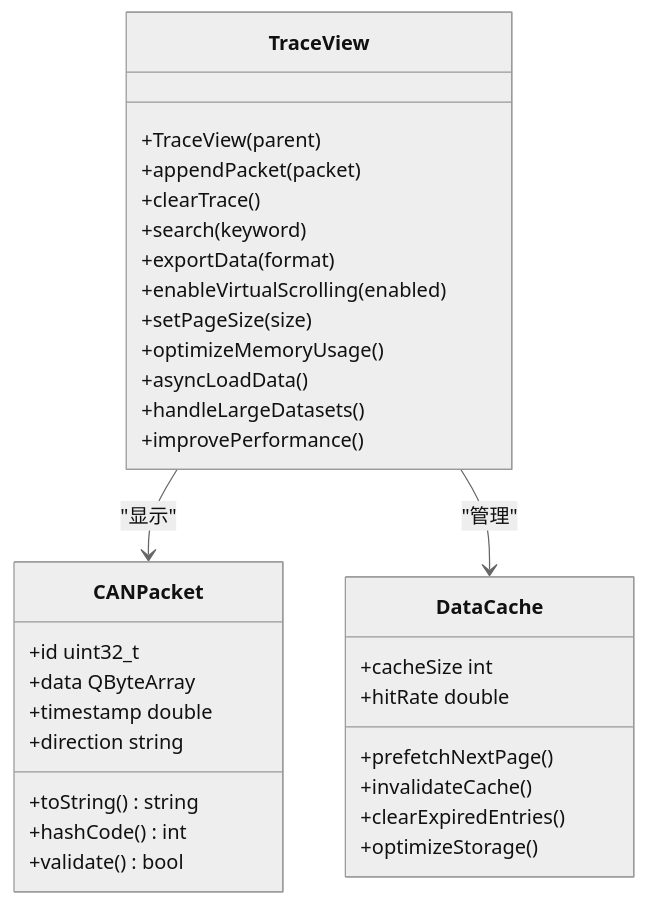
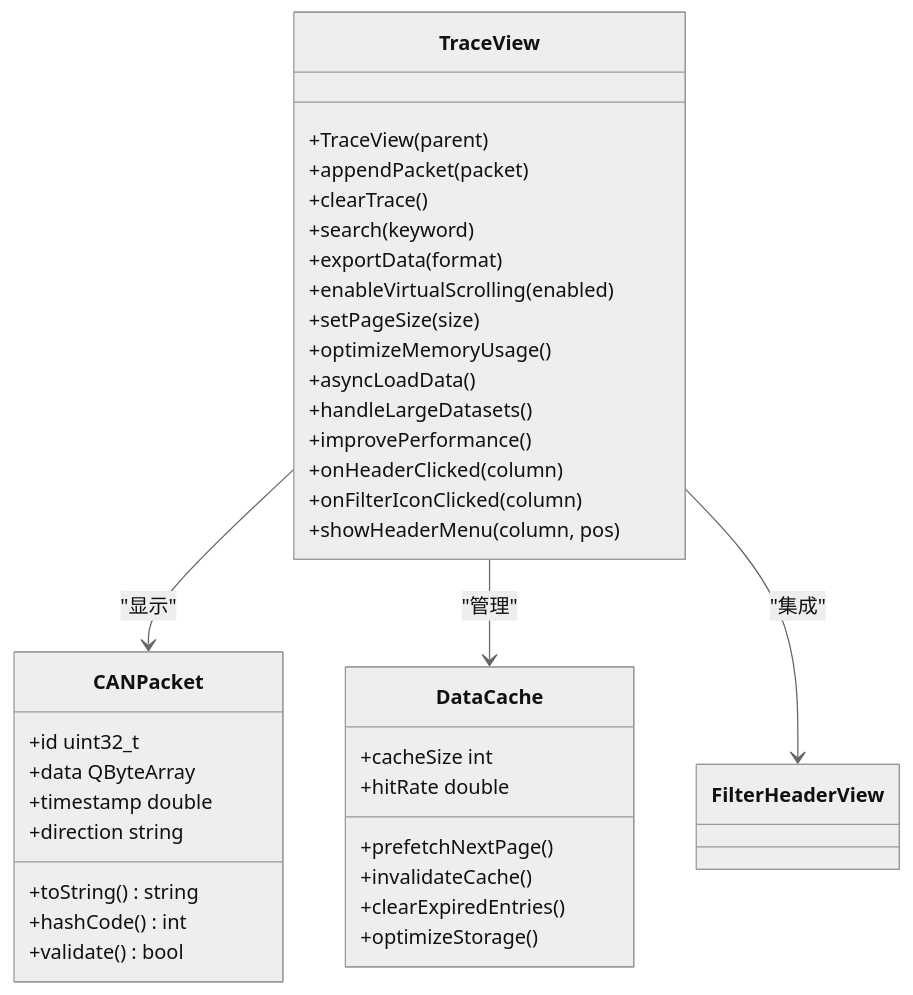
One commit to jakecai1225-design/OpenBus changed diagram 11 of 26 in .qoder/repowiki/zh/content/架构设计/UI系统设计/UI系统设计.md. Above: the diagram before and after it, drawn with Mermaid (neutral theme). The commit also changed other lines of this file and 39 other files, not shown here.

````diff
--- a/.qoder/repowiki/zh/content/架构设计/UI系统设计/UI系统设计.md
+++ b/.qoder/repowiki/zh/content/架构设计/UI系统设计/UI系统设计.md
@@ -847,35 +918,39 @@
 ```mermaid
 classDiagram
 class TraceView {
 +TraceView(parent)
 +appendPacket(packet)
 +clearTrace()
 +search(keyword)
 +exportData(format)
 +enableVirtualScrolling(enabled)
 +setPageSize(size)
 +optimizeMemoryUsage()
 +asyncLoadData()
 +handleLargeDatasets()
 +improvePerformance()
++onHeaderClicked(column)
++onFilterIconClicked(column)
++showHeaderMenu(column, pos)
 }
 class CANPacket {
 +id uint32_t
 +data QByteArray
 +timestamp double
 +direction string
 +toString() string
 +hashCode() int
 +validate() bool
 }
 class DataCache {
 +cacheSize int
 +hitRate double
 +prefetchNextPage()
 +invalidateCache()
 +clearExpiredEntries()
 +optimizeStorage()
 }
 TraceView --> CANPacket : "显示"
 TraceView --> DataCache : "管理"
+TraceView --> FilterHeaderView : "集成"
 ```
````
